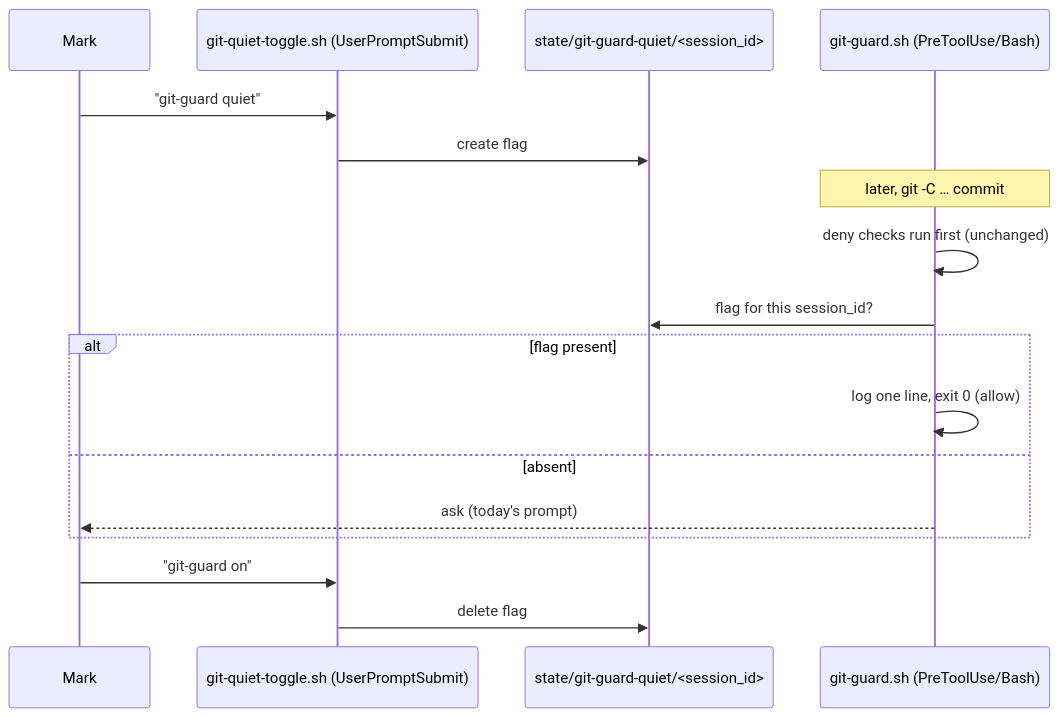
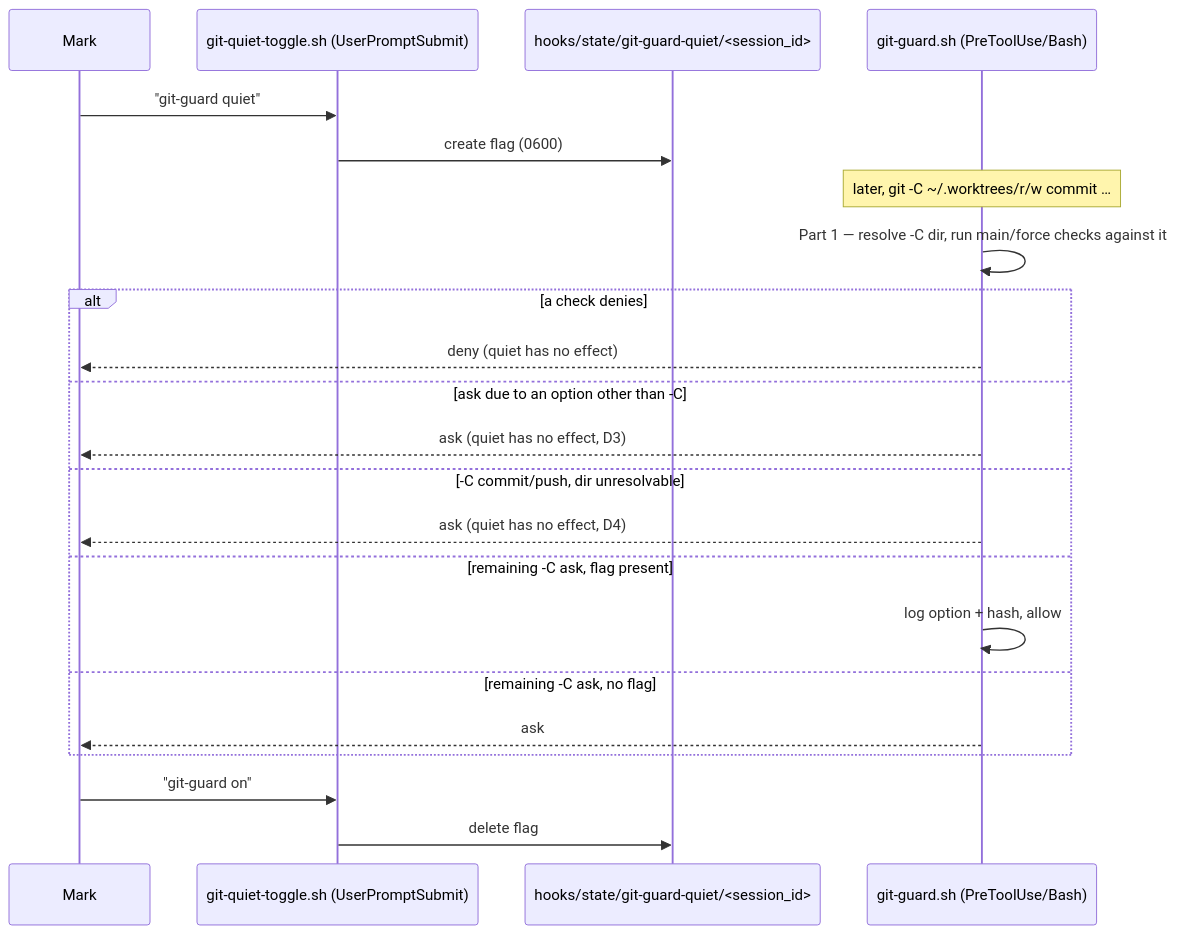
One commit to suyatdev/.claude changed the diagram in docs/features/git-guard-quiet.md. Above: the diagram before and after it, drawn with Mermaid. The commit also changed other lines of this file, not shown here.

First line of the commit message:
docs(git-guard-quiet): revision 2 - real blocks for -C first, then the toggle (option B)

````diff
--- a/docs/features/git-guard-quiet.md
+++ b/docs/features/git-guard-quiet.md
@@ -48,19 +63,24 @@
 ```mermaid
 sequenceDiagram
     participant M as Mark
     participant P as git-quiet-toggle.sh (UserPromptSubmit)
-    participant F as state/git-guard-quiet/<session_id>
+    participant F as hooks/state/git-guard-quiet/<session_id>
     participant G as git-guard.sh (PreToolUse/Bash)
     M->>P: "git-guard quiet"
-    P->>F: create flag
-    Note over G: later, git -C … commit
-    G->>G: deny checks run first (unchanged)
-    G->>F: flag for this session_id?
-    alt flag present
-        G->>G: log one line, exit 0 (allow)
-    else absent
-        G-->>M: ask (today's prompt)
+    P->>F: create flag (0600)
+    Note over G: later, git -C ~/.worktrees/r/w commit …
+    G->>G: Part 1 — resolve -C dir, run main/force checks against it
+    alt a check denies
+        G-->>M: deny (quiet has no effect)
+    else ask due to an option other than -C
+        G-->>M: ask (quiet has no effect, D3)
+    else -C commit/push, dir unresolvable
+        G-->>M: ask (quiet has no effect, D4)
+    else remaining -C ask, flag present
+        G->>G: log option + hash, allow
+    else remaining -C ask, no flag
+        G-->>M: ask
     end
     M->>P: "git-guard on"
     P->>F: delete flag
 ```
````
